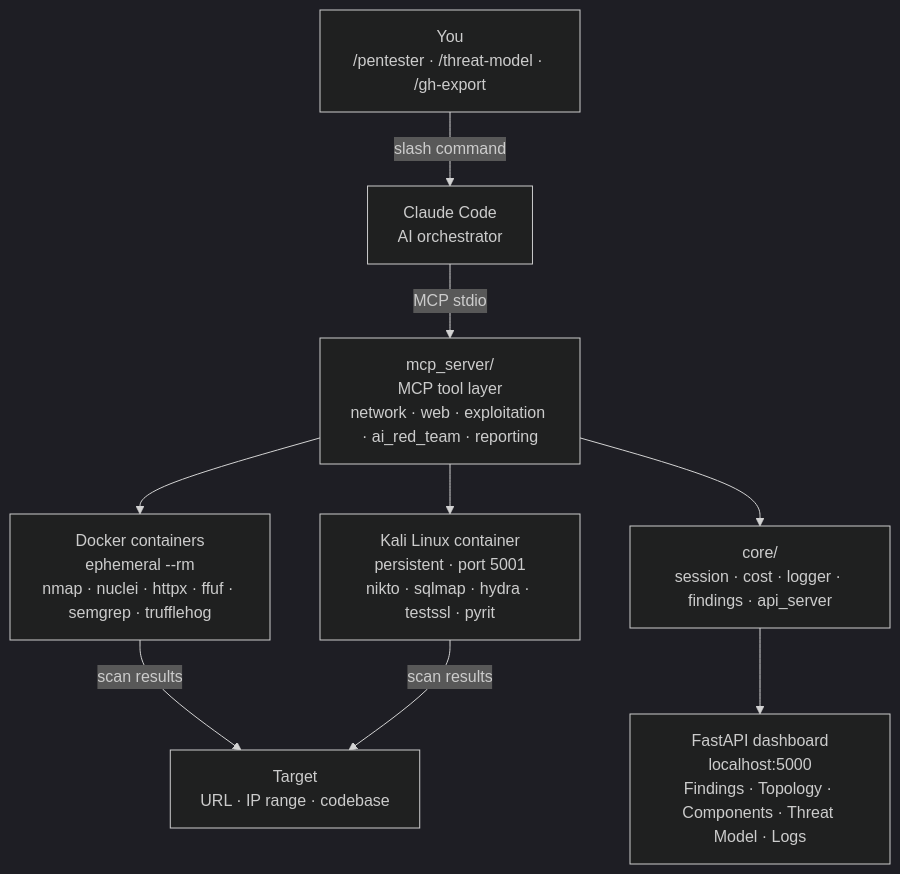
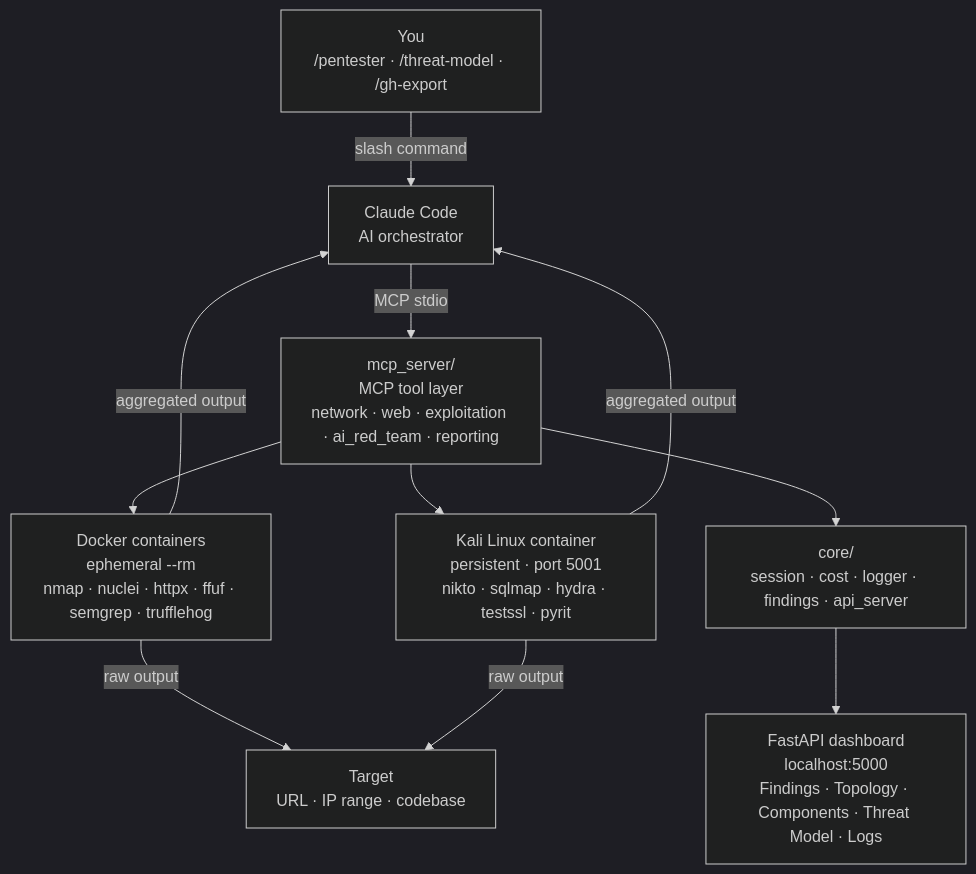
Before and after one commit to starredjaco/agent-smith: the diagram in README.md, drawn with Mermaid (dark theme). The commit also changed other lines of this file, not shown here.

Commit message:
architecture diagram update

````diff
--- a/README.md
+++ b/README.md
@@ -30,20 +30,22 @@
 ```mermaid
 flowchart TD
     User["You\n/pentester · /threat-model · /gh-export"]
     Claude["Claude Code\nAI orchestrator"]
     MCP["mcp_server/\nMCP tool layer\nnetwork · web · exploitation · ai_red_team · reporting"]
     Docker["Docker containers\nephemeral --rm\nnmap · nuclei · httpx · ffuf · semgrep · trufflehog"]
     Kali["Kali Linux container\npersistent · port 5001\nnikto · sqlmap · hydra · testssl · pyrit"]
     Core["core/\nsession · cost · logger · findings · api_server"]
     Dashboard["FastAPI dashboard\nlocalhost:5000\nFindings · Topology · Components · Threat Model · Logs"]
     Target["Target\nURL · IP range · codebase"]
 
     User -->|slash command| Claude
     Claude -->|MCP stdio| MCP
     MCP --> Docker
     MCP --> Kali
     MCP --> Core
     Core --> Dashboard
-    Docker -->|scan results| Target
-    Kali -->|scan results| Target
+    Docker -->|raw output| Target
+    Kali -->|raw output| Target
+    Docker -->|aggregated output| Claude
+    Kali -->|aggregated output| Claude
 ```
````
